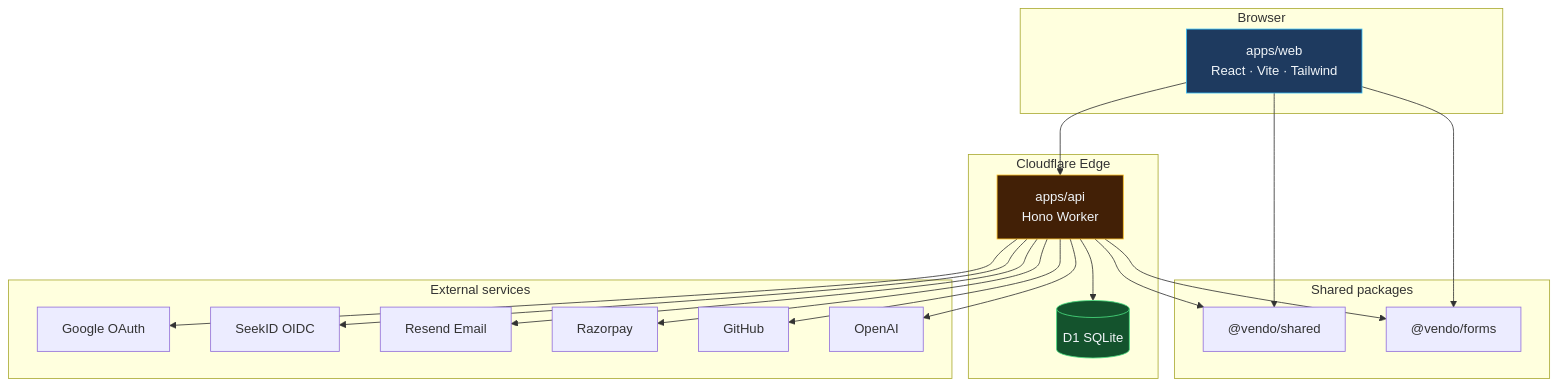
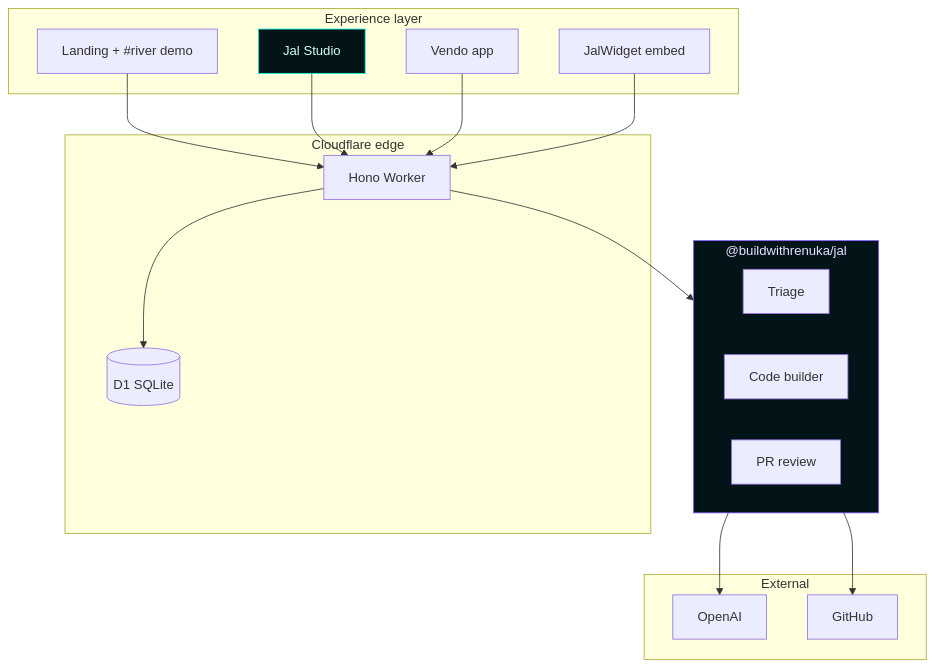
One commit to buildwithrenuka/vendo changed the fourth of 4 diagrams in README.md. Above: the diagram before and after it, drawn with Mermaid. The commit also changed other lines of this file and 85 other files, not shown here.

````diff
--- a/README.md
+++ b/README.md
@@ -165,42 +287,34 @@
 ```mermaid
 flowchart TB
-    subgraph Client["Browser"]
-        WEB["apps/web<br/>React · Vite · Tailwind"]
+    subgraph Surface["Experience layer"]
+        LAND["Landing + #river demo"]
+        STU["Jal Studio"]
+        VEN["Vendo app"]
+        WID["JalWidget embed"]
     end
 
-    subgraph Edge["Cloudflare Edge"]
-        API["apps/api<br/>Hono Worker"]
+    subgraph Edge["Cloudflare edge"]
+        API["Hono Worker"]
         D1[("D1 SQLite")]
     end
 
-    subgraph Packages["Shared packages"]
-        SH["@vendo/shared"]
-        FM["@vendo/forms"]
+    subgraph Brain["@buildwithrenuka/jal"]
+        TRI["Triage"]
+        BLDR["Code builder"]
+        REV["PR review"]
     end
 
-    subgraph External["External services"]
-        G[Google OAuth]
-        O[SeekID OIDC]
-        RS[Resend Email]
-        RZ[Razorpay]
-        GH[GitHub]
-        AI[OpenAI]
+    subgraph World["External"]
+        OAI["OpenAI"]
+        GH["GitHub"]
     end
 
-    WEB --> API
+    LAND & STU & VEN & WID --> API
     API --> D1
-    WEB --> SH
-    API --> SH
-    WEB --> FM
-    API --> FM
-    API --> G
-    API --> O
-    API --> RS
-    API --> RZ
-    API --> GH
-    API --> AI
+    API --> Brain
+    Brain --> OAI
+    Brain --> GH
 
-    style WEB fill:#1e3a5f,stroke:#38bdf8,color:#f1f5f9
-    style API fill:#422006,stroke:#fbbf24,color:#f1f5f9
-    style D1 fill:#14532d,stroke:#4ade80,color:#f1f5f9
+    style STU fill:#021418,stroke:#00f5d4,color:#d4fff8
+    style Brain fill:#021418,stroke:#7c5cff,color:#e8e0ff
 ```
````
